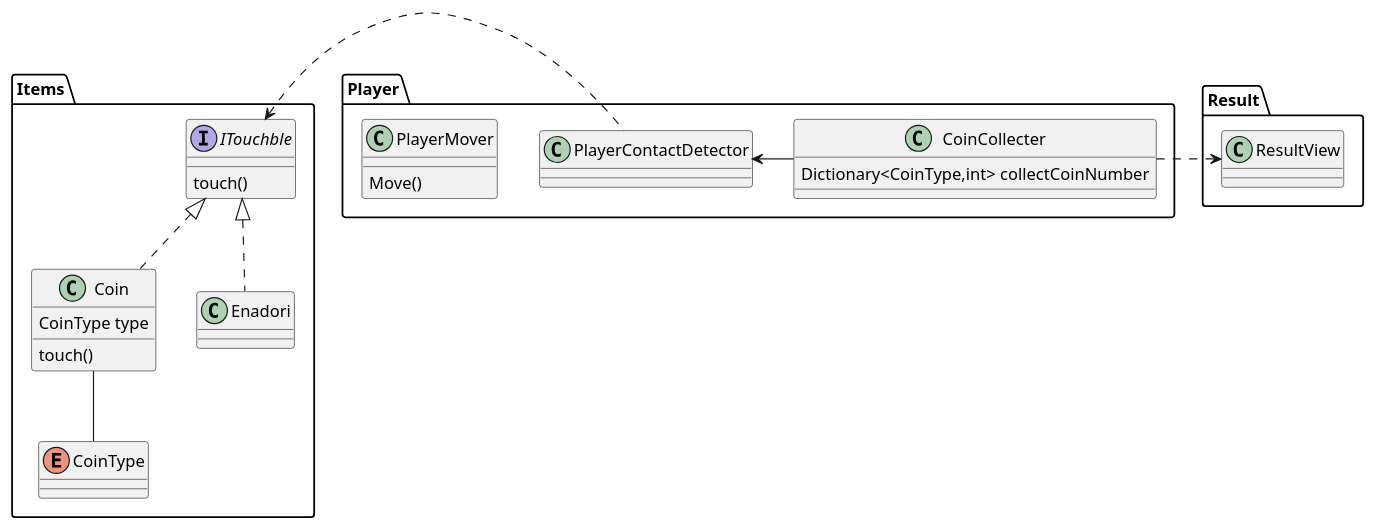
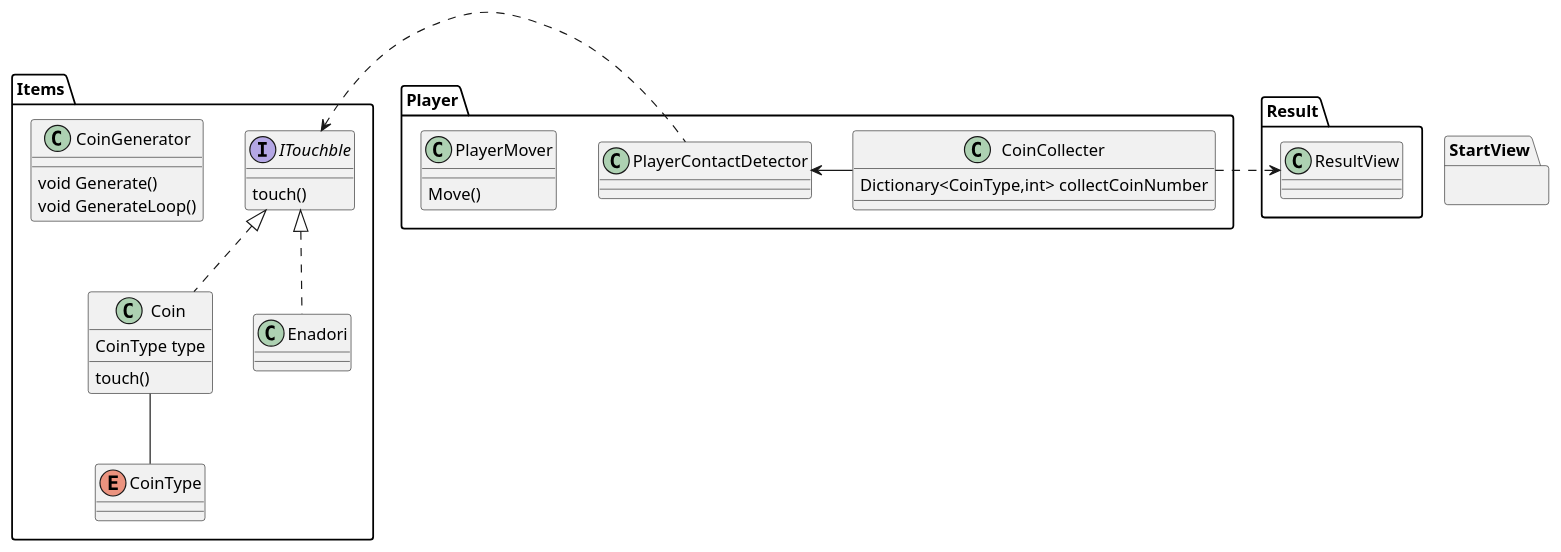
The diagram in Assets/classDiagram/Class.puml (heller77/CoinCollect_2), drawn with PlantUML before and after one commit. The commit also changed 1 other file, not shown here.

Commit message:
クラス図更新

```diff
--- a/Assets/classDiagram/Class.puml
+++ b/Assets/classDiagram/Class.puml
@@ -1,39 +1,47 @@
 @startuml
 'https://plantuml.com/class-diagram
 namespace Player{
     class CoinCollecter{
         Dictionary<CoinType,int> collectCoinNumber              
     }
     class PlayerMover{
         Move()
     }
     class PlayerContactDetector{}
 }
 
 Items.ITouchble <. Player.PlayerContactDetector
 Player.PlayerContactDetector <- Player.CoinCollecter
 
 namespace Items{
     Items.ITouchble <|.. Coin
     interface ITouchble{
         touch()
     }
     Coin -- CoinType
     class Coin{
         CoinType type
         touch()   
     }
+    class CoinGenerator{
+        void Generate()
+        void GenerateLoop()
+    }
     Items.ITouchble <|.. Enadori
     class Enadori{
     }
     enum CoinType{
     }
 }
 'リザルト結果
 namespace Result{
     ResultView <. Player.CoinCollecter
     class ResultView{   
     }
 }
 
+namespace StartView{
+    
+}
+
 @enduml
```
